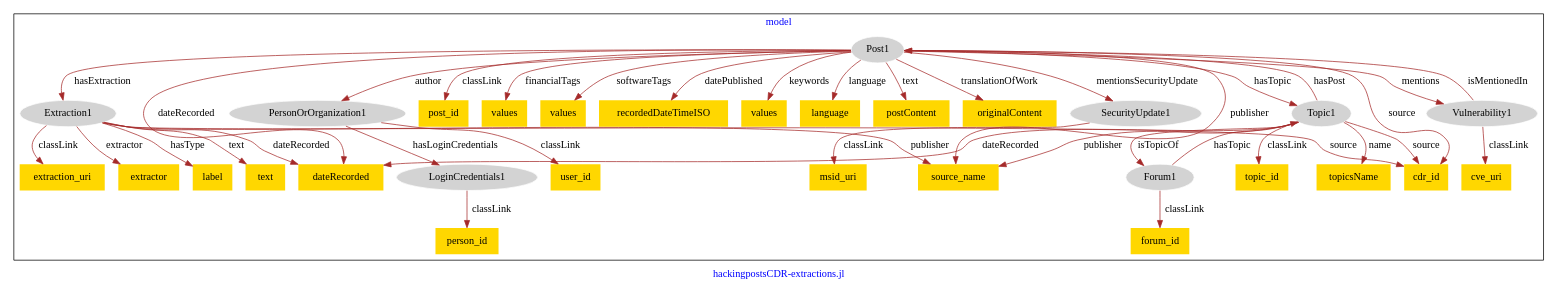
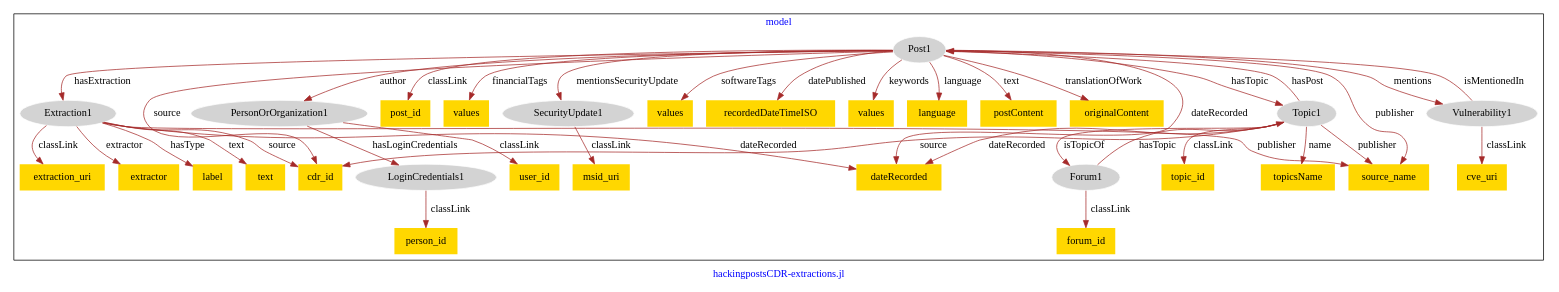
One commit to usc-isi-i2/effect-alignment changed the diagram in models/asu-hacking-posts/hacking_posts-model.dot. Above: the diagram before and after it, drawn with Graphviz.

Commit message:
Update file hacking_posts-model.dot

```diff
--- a/models/asu-hacking-posts/hacking_posts-model.dot
+++ b/models/asu-hacking-posts/hacking_posts-model.dot
@@ -1,76 +1,76 @@
 digraph n0 {
 fontcolor="blue"
 remincross="true"
 label="hackingpostsCDR-extractions.jl"
 subgraph cluster {
 label="model"
 n2[style="filled",color="white",fillcolor="lightgray",label="Extraction1"];
 n3[shape="plaintext",style="filled",fillcolor="gold",label="extraction_uri"];
-n4[shape="plaintext",style="filled",fillcolor="gold",label="dateRecorded"];
-n5[shape="plaintext",style="filled",fillcolor="gold",label="extractor"];
-n6[shape="plaintext",style="filled",fillcolor="gold",label="label"];
+n4[shape="plaintext",style="filled",fillcolor="gold",label="extractor"];
+n5[shape="plaintext",style="filled",fillcolor="gold",label="label"];
+n6[shape="plaintext",style="filled",fillcolor="gold",label="cdr_id"];
 n7[shape="plaintext",style="filled",fillcolor="gold",label="text"];
 n8[style="filled",color="white",fillcolor="lightgray",label="Forum1"];
 n9[shape="plaintext",style="filled",fillcolor="gold",label="forum_id"];
 n10[style="filled",color="white",fillcolor="lightgray",label="LoginCredentials1"];
 n11[shape="plaintext",style="filled",fillcolor="gold",label="person_id"];
 n12[style="filled",color="white",fillcolor="lightgray",label="PersonOrOrganization1"];
 n13[shape="plaintext",style="filled",fillcolor="gold",label="user_id"];
 n14[style="filled",color="white",fillcolor="lightgray",label="Post1"];
 n15[shape="plaintext",style="filled",fillcolor="gold",label="post_id"];
 n16[shape="plaintext",style="filled",fillcolor="gold",label="values"];
-n17[shape="plaintext",style="filled",fillcolor="gold",label="values"];
-n18[shape="plaintext",style="filled",fillcolor="gold",label="recordedDateTimeISO"];
-n19[shape="plaintext",style="filled",fillcolor="gold",label="values"];
-n20[shape="plaintext",style="filled",fillcolor="gold",label="language"];
-n21[shape="plaintext",style="filled",fillcolor="gold",label="postContent"];
-n22[shape="plaintext",style="filled",fillcolor="gold",label="originalContent"];
-n23[style="filled",color="white",fillcolor="lightgray",label="SecurityUpdate1"];
+n17[style="filled",color="white",fillcolor="lightgray",label="SecurityUpdate1"];
+n18[shape="plaintext",style="filled",fillcolor="gold",label="values"];
+n19[shape="plaintext",style="filled",fillcolor="gold",label="recordedDateTimeISO"];
+n20[shape="plaintext",style="filled",fillcolor="gold",label="values"];
+n21[shape="plaintext",style="filled",fillcolor="gold",label="language"];
+n22[shape="plaintext",style="filled",fillcolor="gold",label="postContent"];
+n23[shape="plaintext",style="filled",fillcolor="gold",label="originalContent"];
 n24[shape="plaintext",style="filled",fillcolor="gold",label="msid_uri"];
 n25[style="filled",color="white",fillcolor="lightgray",label="Topic1"];
 n26[shape="plaintext",style="filled",fillcolor="gold",label="topic_id"];
 n27[shape="plaintext",style="filled",fillcolor="gold",label="topicsName"];
 n28[style="filled",color="white",fillcolor="lightgray",label="Vulnerability1"];
 n29[shape="plaintext",style="filled",fillcolor="gold",label="cve_uri"];
-n30[shape="plaintext",style="filled",fillcolor="gold",label="source_name"];
-n31[shape="plaintext",style="filled",fillcolor="gold",label="cdr_id"];
+n30[shape="plaintext",style="filled",fillcolor="gold",label="dateRecorded"];
+n31[shape="plaintext",style="filled",fillcolor="gold",label="source_name"];
 }
 n2 -> n3[color="brown",fontcolor="black",label="classLink"]
-n2 -> n4[color="brown",fontcolor="black",label="dateRecorded"]
-n2 -> n5[color="brown",fontcolor="black",label="extractor"]
-n2 -> n6[color="brown",fontcolor="black",label="hasType"]
+n2 -> n4[color="brown",fontcolor="black",label="extractor"]
+n2 -> n5[color="brown",fontcolor="black",label="hasType"]
+n2 -> n6[color="brown",fontcolor="black",label="source"]
 n2 -> n7[color="brown",fontcolor="black",label="text"]
 n8 -> n9[color="brown",fontcolor="black",label="classLink"]
 n10 -> n11[color="brown",fontcolor="black",label="classLink"]
 n12 -> n13[color="brown",fontcolor="black",label="classLink"]
+n12 -> n10[color="brown",fontcolor="black",label="hasLoginCredentials"]
 n14 -> n15[color="brown",fontcolor="black",label="classLink"]
-n14 -> n4[color="brown",fontcolor="black",label="dateRecorded"]
 n14 -> n16[color="brown",fontcolor="black",label="financialTags"]
-n14 -> n17[color="brown",fontcolor="black",label="softwareTags"]
-n14 -> n18[color="brown",fontcolor="black",label="datePublished"]
-n14 -> n19[color="brown",fontcolor="black",label="keywords"]
-n14 -> n20[color="brown",fontcolor="black",label="language"]
-n14 -> n21[color="brown",fontcolor="black",label="text"]
-n14 -> n22[color="brown",fontcolor="black",label="translationOfWork"]
-n23 -> n24[color="brown",fontcolor="black",label="classLink"]
+n14 -> n17[color="brown",fontcolor="black",label="mentionsSecurityUpdate"]
+n14 -> n18[color="brown",fontcolor="black",label="softwareTags"]
+n14 -> n19[color="brown",fontcolor="black",label="datePublished"]
+n14 -> n20[color="brown",fontcolor="black",label="keywords"]
+n14 -> n21[color="brown",fontcolor="black",label="language"]
+n14 -> n22[color="brown",fontcolor="black",label="text"]
+n14 -> n23[color="brown",fontcolor="black",label="translationOfWork"]
+n17 -> n24[color="brown",fontcolor="black",label="classLink"]
 n25 -> n26[color="brown",fontcolor="black",label="classLink"]
-n25 -> n4[color="brown",fontcolor="black",label="dateRecorded"]
+n25 -> n8[color="brown",fontcolor="black",label="isTopicOf"]
 n25 -> n27[color="brown",fontcolor="black",label="name"]
 n28 -> n29[color="brown",fontcolor="black",label="classLink"]
-n25 -> n8[color="brown",fontcolor="black",label="isTopicOf"]
-n14 -> n23[color="brown",fontcolor="black",label="mentionsSecurityUpdate"]
-n14 -> n30[color="brown",fontcolor="black",label="publisher"]
-n14 -> n31[color="brown",fontcolor="black",label="source"]
+n14 -> n30[color="brown",fontcolor="black",label="dateRecorded"]
+n14 -> n25[color="brown",fontcolor="black",label="hasTopic"]
+n14 -> n31[color="brown",fontcolor="black",label="publisher"]
+n2 -> n31[color="brown",fontcolor="black",label="publisher"]
+n14 -> n12[color="brown",fontcolor="black",label="author"]
+n2 -> n30[color="brown",fontcolor="black",label="dateRecorded"]
+n28 -> n14[color="brown",fontcolor="black",label="isMentionedIn"]
+n25 -> n6[color="brown",fontcolor="black",label="source"]
+n25 -> n31[color="brown",fontcolor="black",label="publisher"]
+n25 -> n30[color="brown",fontcolor="black",label="dateRecorded"]
+n14 -> n28[color="brown",fontcolor="black",label="mentions"]
+n25 -> n14[color="brown",fontcolor="black",label="hasPost"]
+n14 -> n6[color="brown",fontcolor="black",label="source"]
+n8 -> n25[color="brown",fontcolor="black",label="hasTopic"]
 n14 -> n2[color="brown",fontcolor="black",label="hasExtraction"]
-n14 -> n28[color="brown",fontcolor="black",label="mentions"]
-n2 -> n31[color="brown",fontcolor="black",label="source"]
-n28 -> n14[color="brown",fontcolor="black",label="isMentionedIn"]
-n25 -> n14[color="brown",fontcolor="black",label="hasPost"]
-n2 -> n30[color="brown",fontcolor="black",label="publisher"]
-n25 -> n31[color="brown",fontcolor="black",label="source"]
-n12 -> n10[color="brown",fontcolor="black",label="hasLoginCredentials"]
-n25 -> n30[color="brown",fontcolor="black",label="publisher"]
-n14 -> n25[color="brown",fontcolor="black",label="hasTopic"]
-n8 -> n25[color="brown",fontcolor="black",label="hasTopic"]
-n14 -> n12[color="brown",fontcolor="black",label="author"]
 }
```
